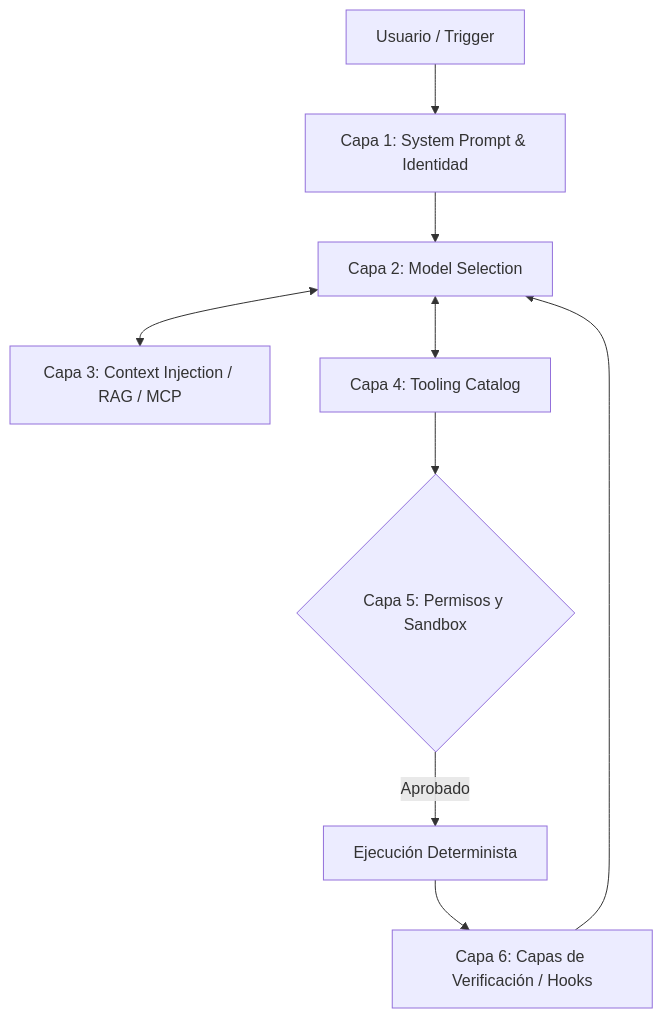
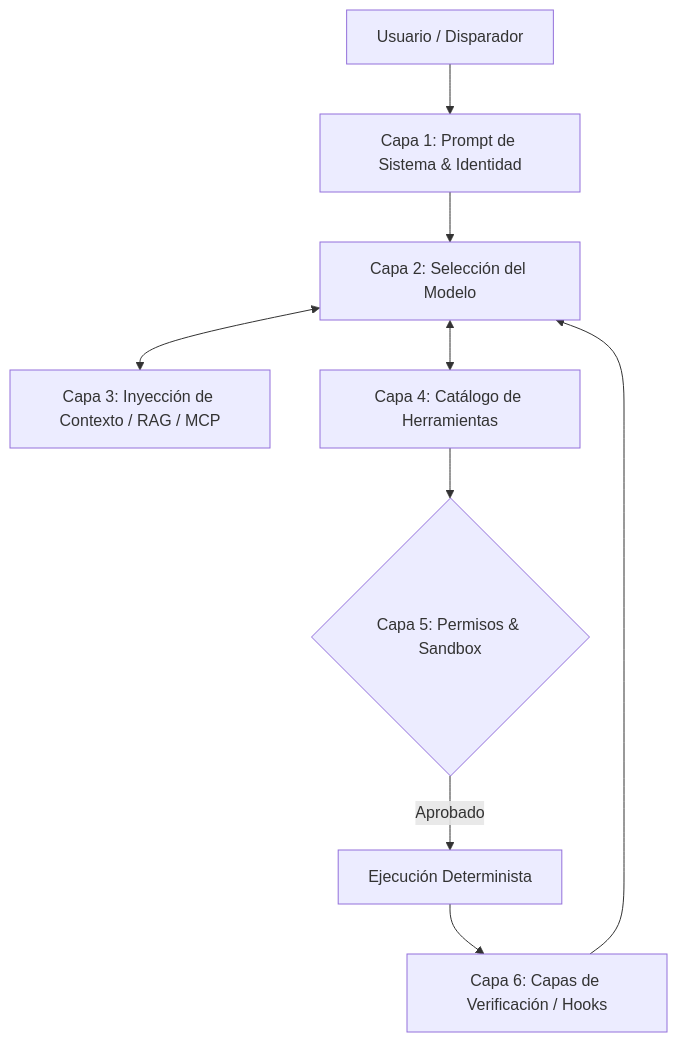
Before and after one commit to beyondnetcode/arc32_progresive_monolith: the diagram in arc-corporate-ws/corporate-standards-es/ai-augmented/01-harness-engineering/harness-reference.md, drawn with Mermaid. The commit also changed other lines of this file and 89 other files, not shown here.

````diff
--- a/arc-corporate-ws/corporate-standards-es/ai-augmented/01-harness-engineering/harness-reference.md
+++ b/arc-corporate-ws/corporate-standards-es/ai-augmented/01-harness-engineering/harness-reference.md
@@ -10,11 +10,11 @@
 ```mermaid
 graph TD
-    A[Usuario / Trigger] --> B[Capa 1: System Prompt & Identidad]
-    B --> C[Capa 2: Model Selection]
-    C <--> D[Capa 3: Context Injection / RAG / MCP]
-    C <--> E[Capa 4: Tooling Catalog]
-    E --> F{Capa 5: Permisos y Sandbox}
+    A[Usuario / Disparador] --> B[Capa 1: Prompt de Sistema & Identidad]
+    B --> C[Capa 2: Selección del Modelo]
+    C <--> D[Capa 3: Inyección de Contexto / RAG / MCP]
+    C <--> E[Capa 4: Catálogo de Herramientas]
+    E --> F{Capa 5: Permisos & Sandbox}
     F -- Aprobado --> G[Ejecución Determinista]
     G --> H[Capa 6: Capas de Verificación / Hooks]
     H --> C
 ```
````
